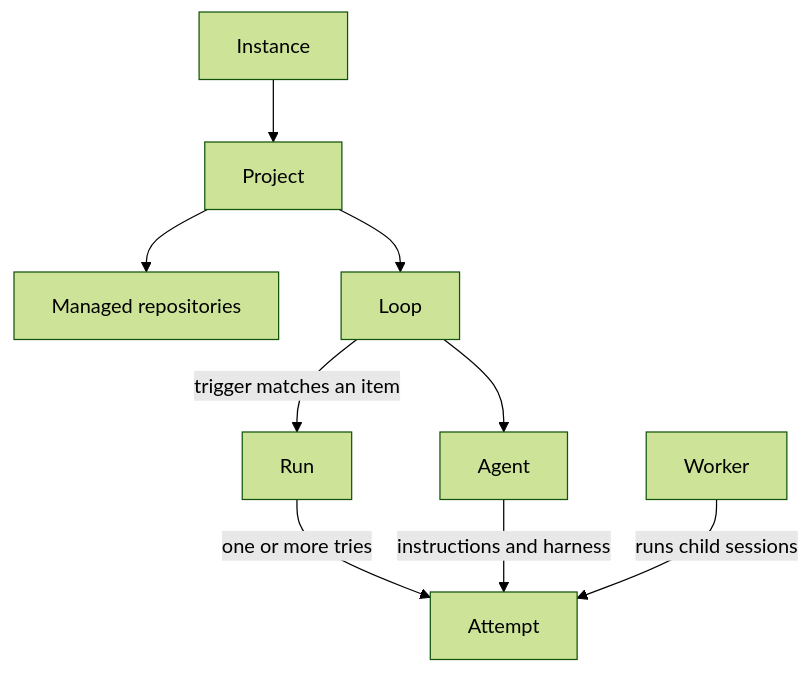
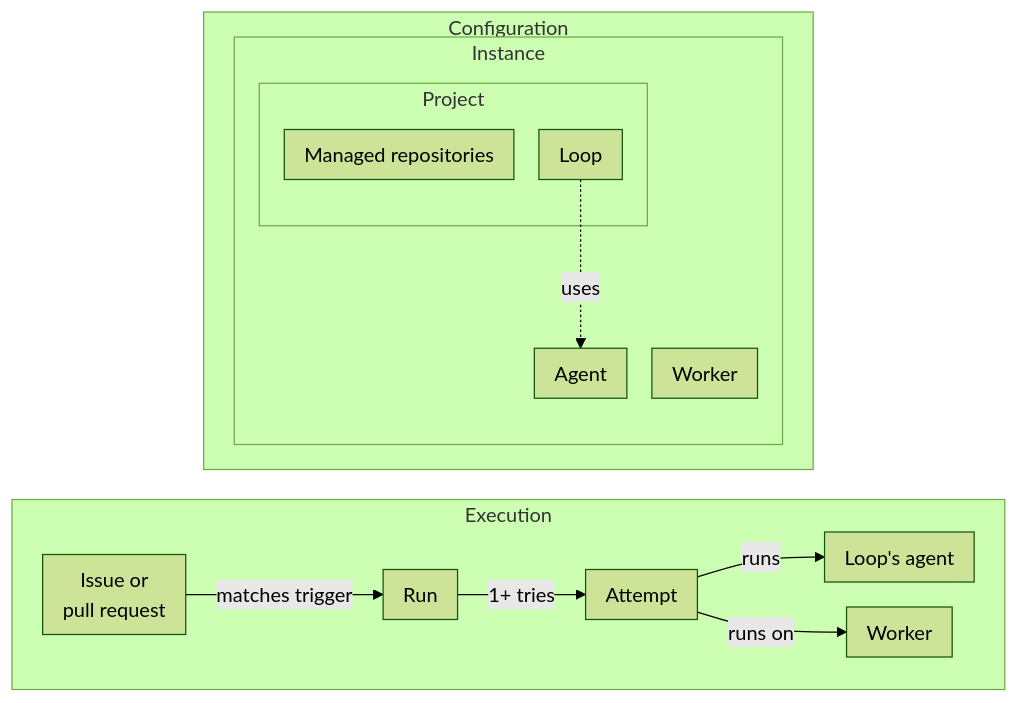
The diagram in apps/docs/src/content/docs/get-started/concepts.md (basaltbytes/usine), drawn with Mermaid (forest theme) before and after one commit. The commit also changed other lines of this file, not shown here.

Commit message:
fix(docs): separate configuration and execution concepts
Show instance and project containment separately from the run and attempt chain. Label agent references and worker use, and align definitions with the diagram.

Claude-Session: 01a19b8a-a99d-74a3-ad77-fa9c32cff5b1

````diff
--- a/apps/docs/src/content/docs/get-started/concepts.md
+++ b/apps/docs/src/content/docs/get-started/concepts.md
@@ -8,11 +8,34 @@
 ```mermaid
-flowchart TD
-  instance[Instance] --> project[Project]
-  project --> repos[Managed repositories]
-  project --> loop[Loop]
-  loop --> agent[Agent]
-  loop -->|trigger matches an item| run[Run]
-  run -->|one or more tries| attempt[Attempt]
-  agent -->|instructions and harness| attempt
-  worker[Worker] -->|runs child sessions| attempt
+---
+config:
+  flowchart:
+    nodeSpacing: 20
+    rankSpacing: 24
+    padding: 8
+---
+flowchart TB
+  accTitle: Configuration and execution
+  accDescr: An instance contains projects, agents, and workers. A project contains managed repositories and loops. A loop uses an agent. An issue or pull request matching the loop's trigger starts a run with one or more attempts. Each attempt runs the loop's agent on a worker.
+
+  subgraph configuration[Configuration]
+    subgraph instance[Instance]
+      subgraph project[Project]
+        repos[Managed repositories]
+        loop[Loop]
+      end
+      agent[Agent]
+      worker[Worker]
+      loop -. uses .-> agent
+    end
+  end
+
+  subgraph execution[Execution]
+    direction LR
+    item["Issue or<br/>pull request"] -->|matches trigger| run[Run]
+    run -->|1+ tries| attempt[Attempt]
+    attempt -->|runs| usedAgent["Loop's agent"]
+    attempt -->|runs on| usedWorker[Worker]
+  end
+
+  configuration ~~~ execution
 ```
````
